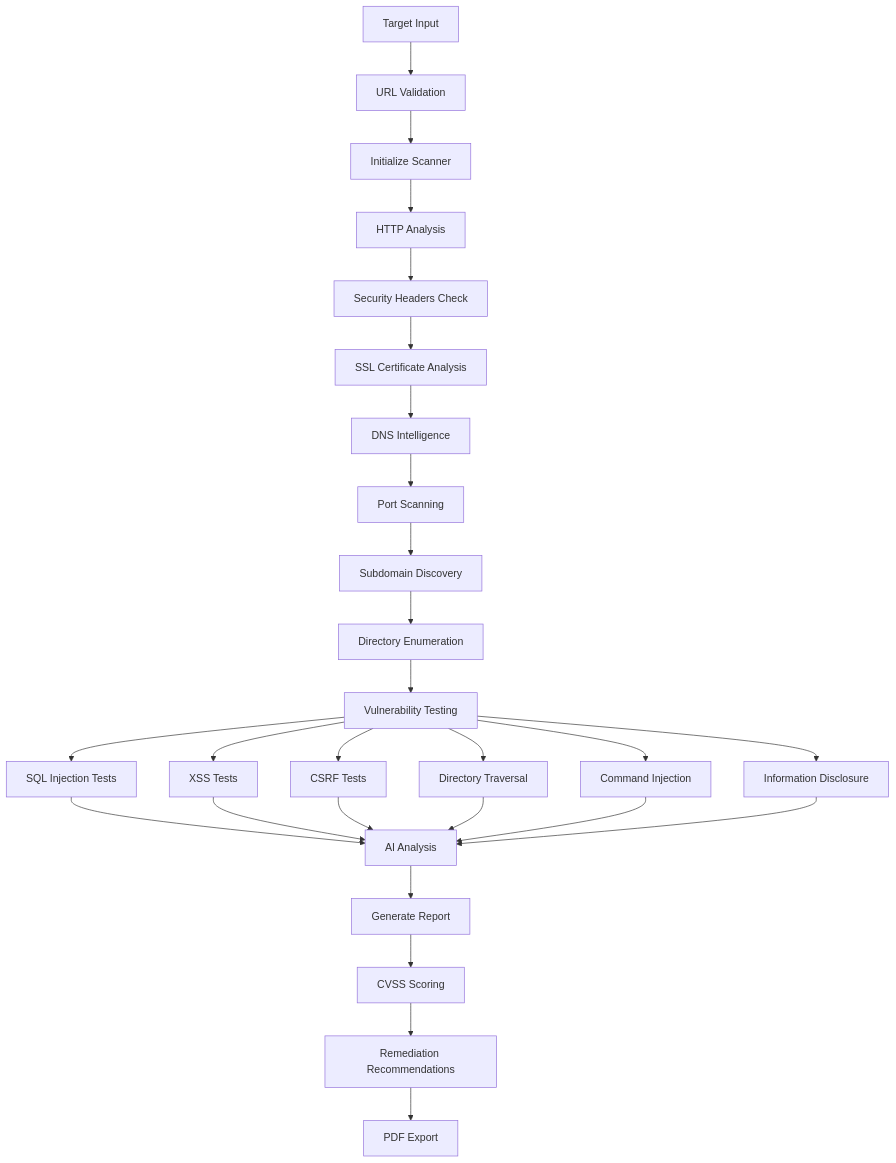
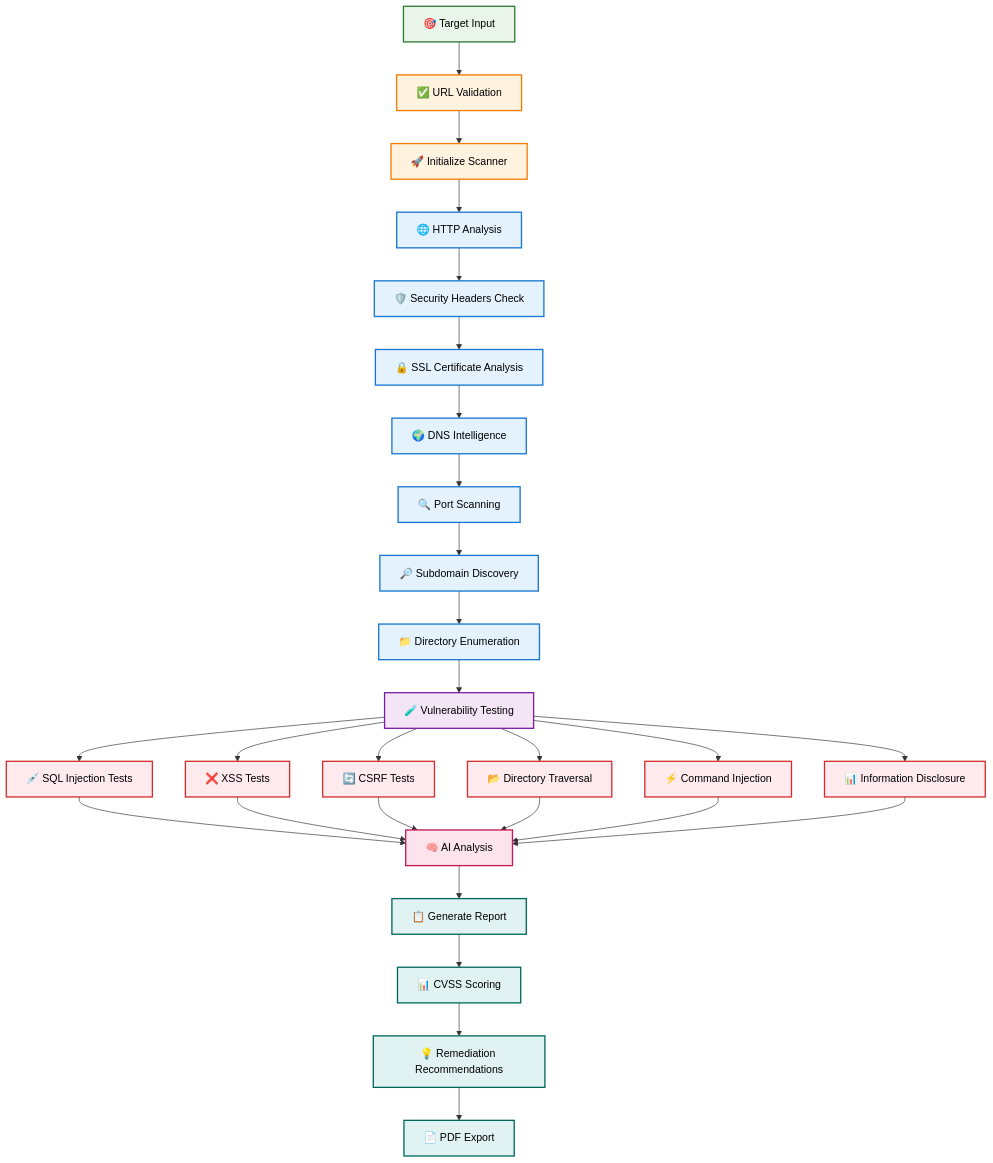
Before and after one commit to Hassan-asim/Cyber-Sage: the fourth of 8 diagrams in README.md, drawn with Mermaid. The commit also changed other lines of this file, not shown here.

Commit message:
Enhance Mermaid diagrams: Add professional styling, emojis, colors, and improved visual design

````diff
--- a/README.md
+++ b/README.md
@@ -212,32 +257,49 @@
 ```mermaid
 graph TD
-    A[Target Input] --> B[URL Validation]
-    B --> C[Initialize Scanner]
-    C --> D[HTTP Analysis]
-    D --> E[Security Headers Check]
-    E --> F[SSL Certificate Analysis]
-    F --> G[DNS Intelligence]
-    G --> H[Port Scanning]
-    H --> I[Subdomain Discovery]
-    I --> J[Directory Enumeration]
-    J --> K[Vulnerability Testing]
+    A["🎯 Target Input"] --> B["✅ URL Validation"]
+    B --> C["🚀 Initialize Scanner"]
+    C --> D["🌐 HTTP Analysis"]
+    D --> E["🛡️ Security Headers Check"]
+    E --> F["🔒 SSL Certificate Analysis"]
+    F --> G["🌍 DNS Intelligence"]
+    G --> H["🔍 Port Scanning"]
+    H --> I["🔎 Subdomain Discovery"]
+    I --> J["📁 Directory Enumeration"]
+    J --> K["🧪 Vulnerability Testing"]
     
-    K --> L[SQL Injection Tests]
-    K --> M[XSS Tests]
-    K --> N[CSRF Tests]
-    K --> O[Directory Traversal]
-    K --> P[Command Injection]
-    K --> Q[Information Disclosure]
+    K --> L["💉 SQL Injection Tests"]
+    K --> M["❌ XSS Tests"]
+    K --> N["🔄 CSRF Tests"]
+    K --> O["📂 Directory Traversal"]
+    K --> P["⚡ Command Injection"]
+    K --> Q["📊 Information Disclosure"]
     
-    L --> R[AI Analysis]
+    L --> R["🧠 AI Analysis"]
     M --> R
     N --> R
     O --> R
     P --> R
     Q --> R
     
-    R --> S[Generate Report]
-    S --> T[CVSS Scoring]
-    T --> U[Remediation Recommendations]
-    U --> V[PDF Export]
+    R --> S["📋 Generate Report"]
+    S --> T["📊 CVSS Scoring"]
+    T --> U["💡 Remediation Recommendations"]
+    U --> V["📄 PDF Export"]
+    
+    %% Styling
+    classDef input fill:#e8f5e8,stroke:#2e7d32,stroke-width:2px,color:#000
+    classDef validation fill:#fff3e0,stroke:#f57c00,stroke-width:2px,color:#000
+    classDef analysis fill:#e3f2fd,stroke:#1976d2,stroke-width:2px,color:#000
+    classDef testing fill:#f3e5f5,stroke:#7b1fa2,stroke-width:2px,color:#000
+    classDef vuln fill:#ffebee,stroke:#d32f2f,stroke-width:2px,color:#000
+    classDef ai fill:#fce4ec,stroke:#c2185b,stroke-width:2px,color:#000
+    classDef output fill:#e0f2f1,stroke:#00695c,stroke-width:2px,color:#000
+    
+    class A input
+    class B,C validation
+    class D,E,F,G,H,I,J analysis
+    class K testing
+    class L,M,N,O,P,Q vuln
+    class R ai
+    class S,T,U,V output
 ```
````
